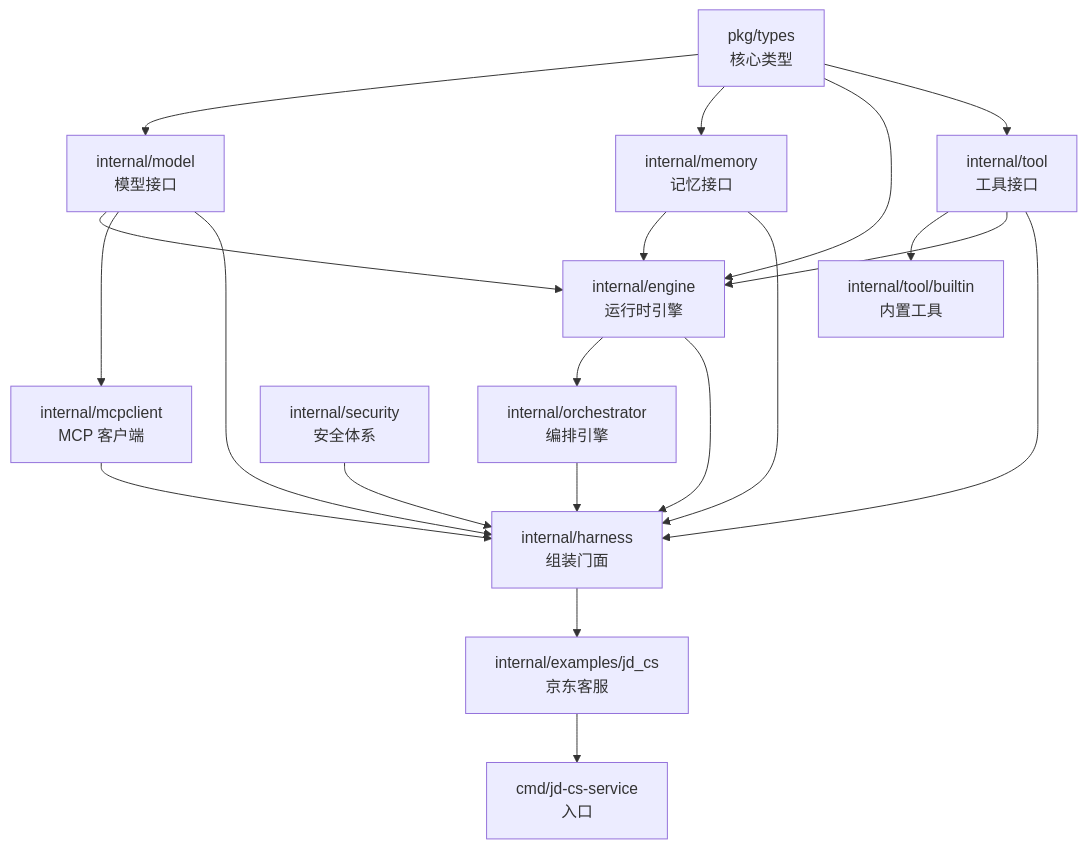
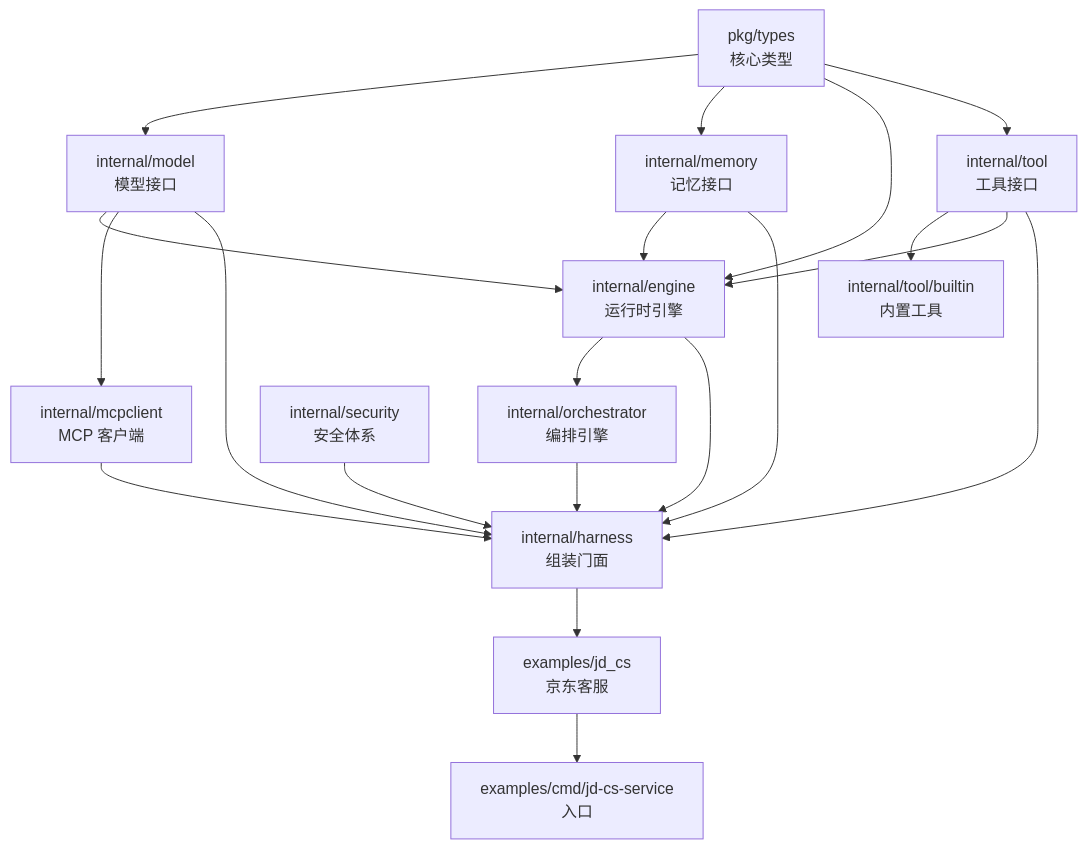
One commit to apexracing/tracklogic-agent changed the second of 2 diagrams in docs/02-architecture.md. Above: the diagram before and after it, drawn with Mermaid. The commit also changed other lines of this file and 22 other files, not shown here.

````diff
--- a/docs/02-architecture.md
+++ b/docs/02-architecture.md
@@ -401,40 +402,40 @@
 ```mermaid
 graph TB
     TYPES["pkg/types<br/>核心类型"]
     
     MODEL["internal/model<br/>模型接口"]
     MEMORY["internal/memory<br/>记忆接口"]
     TOOL["internal/tool<br/>工具接口"]
     BUILTIN["internal/tool/builtin<br/>内置工具"]
     
     ENGINE["internal/engine<br/>运行时引擎"]
     ORCH["internal/orchestrator<br/>编排引擎"]
     MCP["internal/mcpclient<br/>MCP 客户端"]
     SEC["internal/security<br/>安全体系"]
     HARNESS["internal/harness<br/>组装门面"]
-    JDCS["internal/examples/jd_cs<br/>京东客服"]
-    MAIN["cmd/jd-cs-service<br/>入口"]
+    JDCS["examples/jd_cs<br/>京东客服"]
+    MAIN["examples/cmd/jd-cs-service<br/>入口"]
     
     TYPES --> MODEL
     TYPES --> MEMORY
     TYPES --> ENGINE
     TYPES --> TOOL
     
     MODEL --> ENGINE
     MEMORY --> ENGINE
     TOOL --> BUILTIN
     TOOL --> ENGINE
     
     ENGINE --> ORCH
     MODEL --> MCP
     ENGINE --> HARNESS
     TOOL --> HARNESS
     MEMORY --> HARNESS
     MODEL --> HARNESS
     ORCH --> HARNESS
     MCP --> HARNESS
     SEC --> HARNESS
     
     HARNESS --> JDCS
     JDCS --> MAIN
 ```
````
